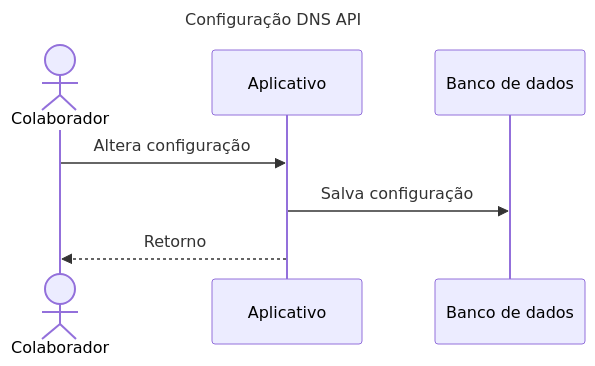
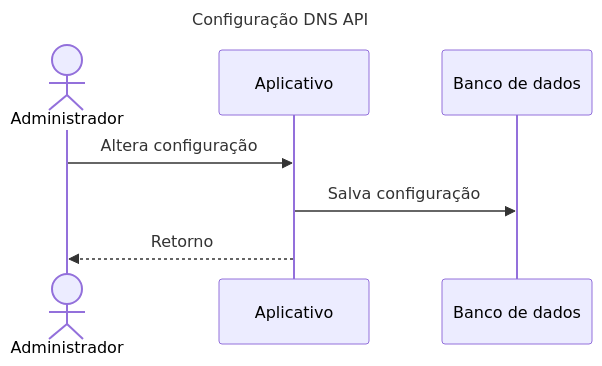
The diagram in designer/diagrams/features/configuration.md (brgilsonsp/corrida_familia_piba), drawn with Mermaid before and after one commit. The commit also changed 15 other files, not shown here.

````diff
--- a/designer/diagrams/features/configuration.md
+++ b/designer/diagrams/features/configuration.md
@@ -1,12 +1,12 @@
 ```mermaid
 sequenceDiagram
     title Configuração DNS API
 
-    actor Colaborador as Colaborador
+    actor Admin as Administrador
     participant Aplicativo as Aplicativo
     participant DB_LOCAL as Banco de dados
 
-    Colaborador->>Aplicativo: Altera configuração
+    Admin->>Aplicativo: Altera configuração
     Aplicativo->>DB_LOCAL: Salva configuração
-    Aplicativo-->>Colaborador: Retorno
+    Aplicativo-->>Admin: Retorno
 ```
````
